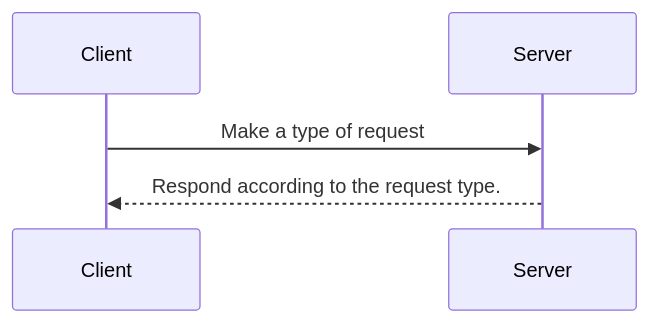
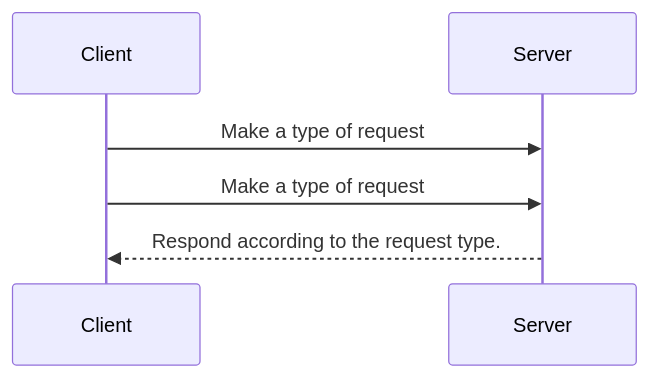
The first of 3 diagrams in README.md (laize-loucia/movie_booking), drawn with Mermaid before and after one commit.

````diff
--- a/README.md
+++ b/README.md
@@ -7,6 +7,7 @@
 ```mermaid
 sequenceDiagram
+    Client->>Server: Make a type of request
     Client->>Server: Make a type of request
     Server-->>Client: Respond according to the request type.
 
 ```
````
